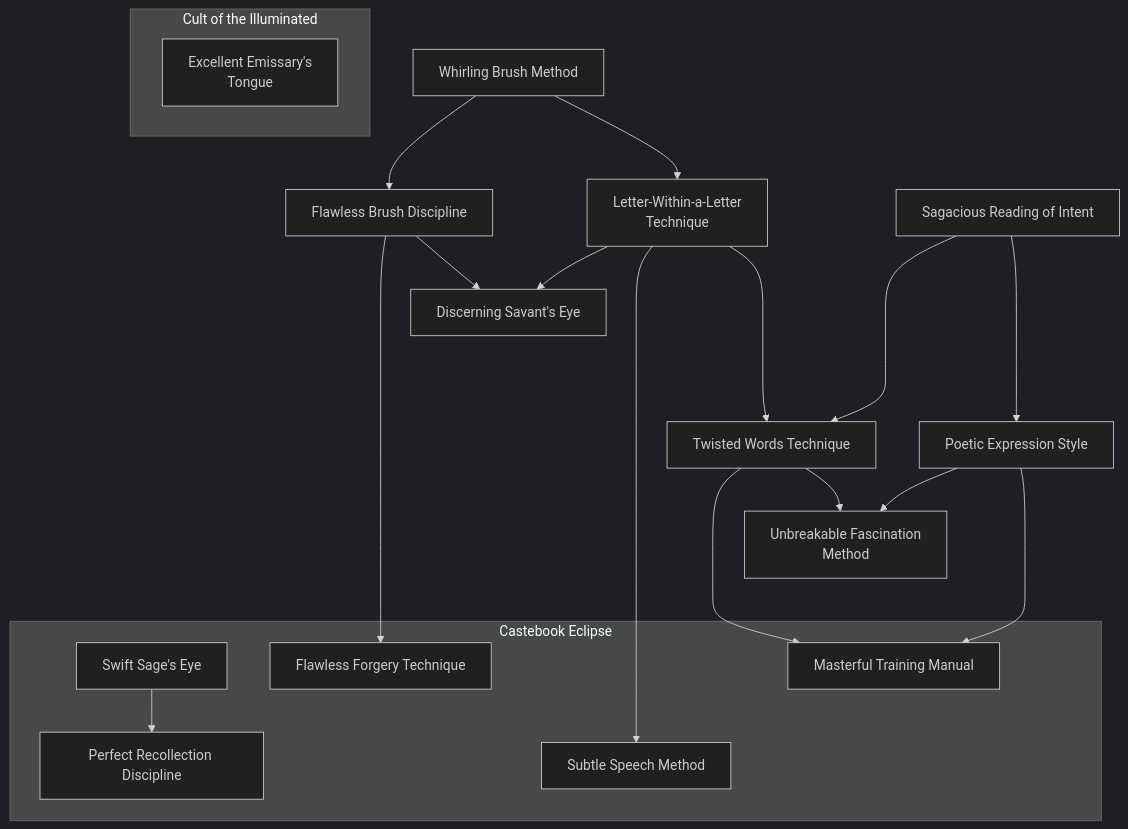
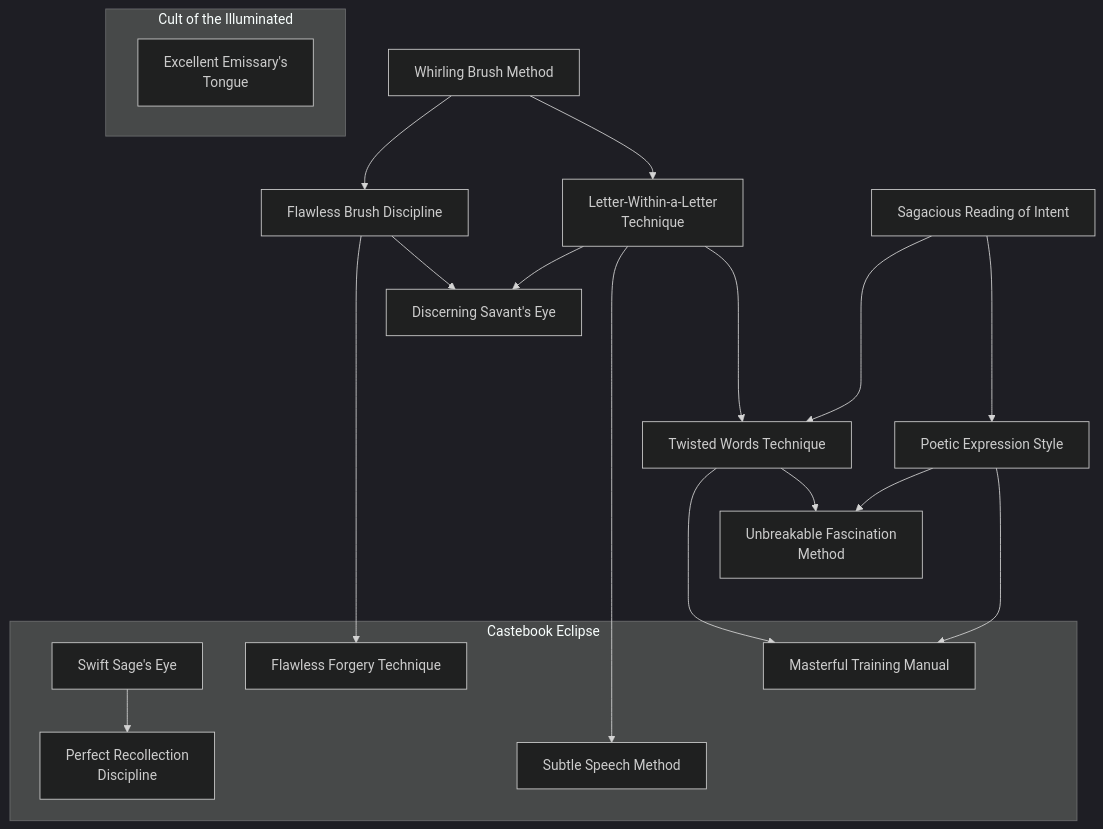
Before and after one commit to jrobichaud/exalted-charms-1e: the diagram in docs/mermaid/solar/eclipse_linguistics.mmd, drawn with Mermaid. The commit also changed 7 other files, not shown here.

```diff
--- a/docs/mermaid/solar/eclipse_linguistics.mmd
+++ b/docs/mermaid/solar/eclipse_linguistics.mmd
@@ -201,7 +201,7 @@
             order to use this Charm, and comprehension is the
             same as if the character read the text at normal speed.
             "
-        perfect_recollection_discipline[Perfect Recollection Discipline]
+        perfect_recollection_discipline[Perfect Recollection<br>Discipline]
         click perfect_recollection_discipline callback "
             Perfect Recollection Discipline<br>
             <br>
```
